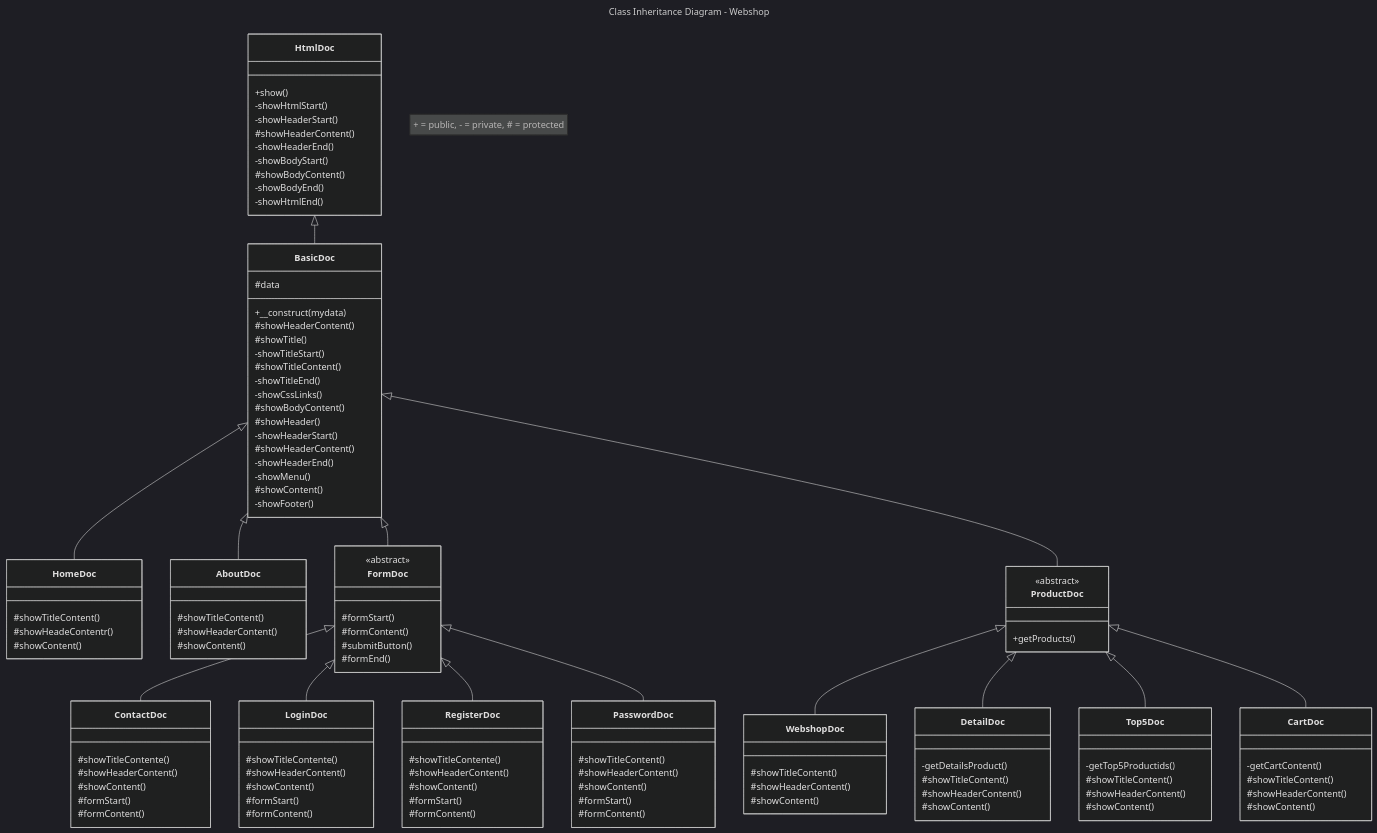
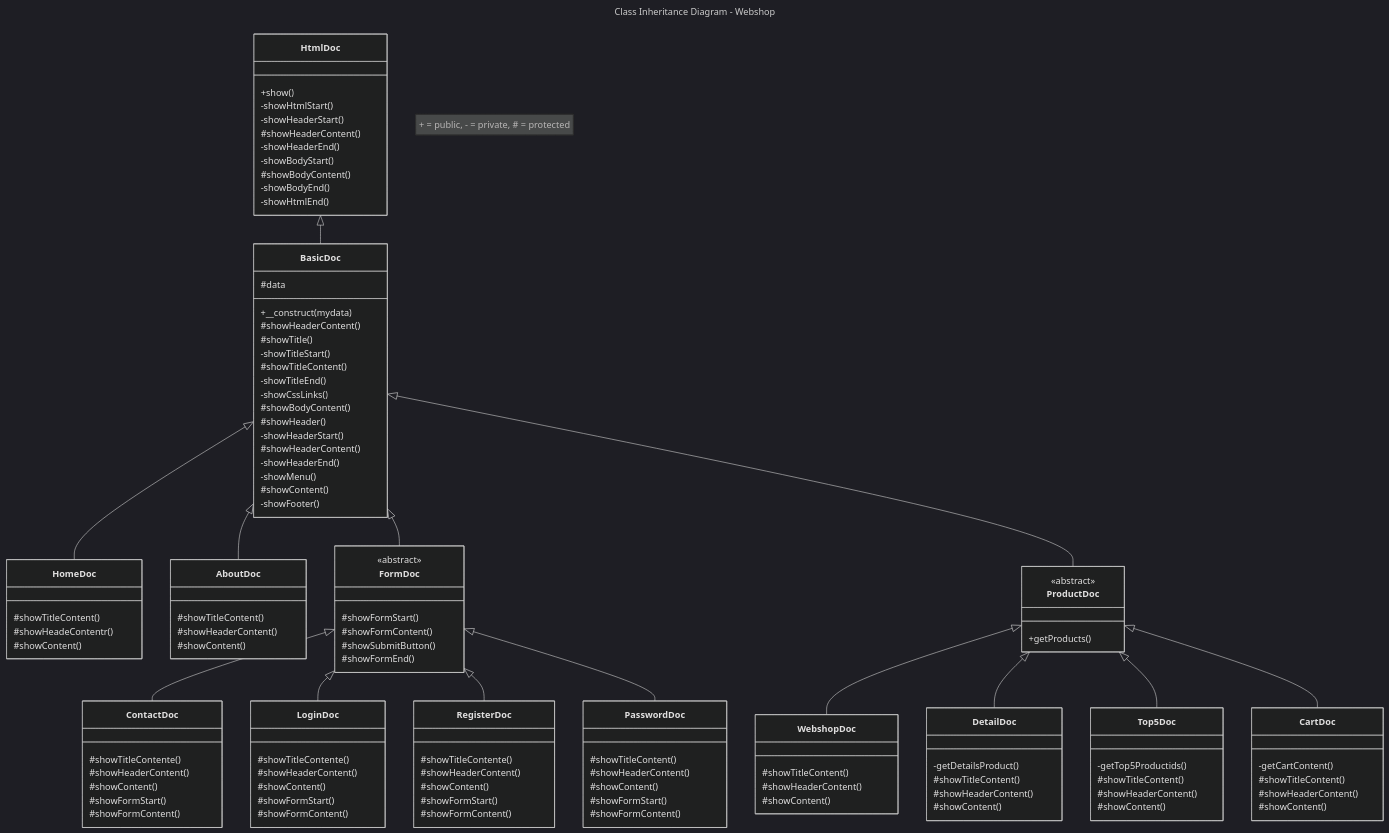
The diagram in Diagrams/class-inheritance-diagram-webshop.md (JeroenHeemskerk/educom-webshop-oop-1708595373), drawn with Mermaid (dark theme) before and after one commit.

```diff
--- a/Diagrams/class-inheritance-diagram-webshop.md
+++ b/Diagrams/class-inheritance-diagram-webshop.md
@@ -63,39 +63,39 @@
     }
     class FormDoc{
         <<abstract>>
-        #formStart()
-        #formContent()
-        #submitButton()
-        #formEnd()
+        #showFormStart()
+        #showFormContent()
+        #showSubmitButton()
+        #showFormEnd()
     }
     class ContactDoc{
         #showTitleContente()
         #showHeaderContent()
         #showContent()
-        #formStart()
-        #formContent()
+        #showFormStart()
+        #showFormContent()
         
     }
     class LoginDoc{
         #showTitleContente()
         #showHeaderContent()
         #showContent()
-        #formStart()
-        #formContent()
+        #showFormStart()
+        #showFormContent()
     }
     class RegisterDoc{
         #showTitleContente()
         #showHeaderContent()
         #showContent()
-        #formStart()
-        #formContent()
+        #showFormStart()
+        #showFormContent()
     }
     class PasswordDoc{
         #showTitleContent()
         #showHeaderContent()
         #showContent()
-        #formStart()
-        #formContent()
+        #showFormStart()
+        #showFormContent()
     }
 
     class ProductDoc{
```
